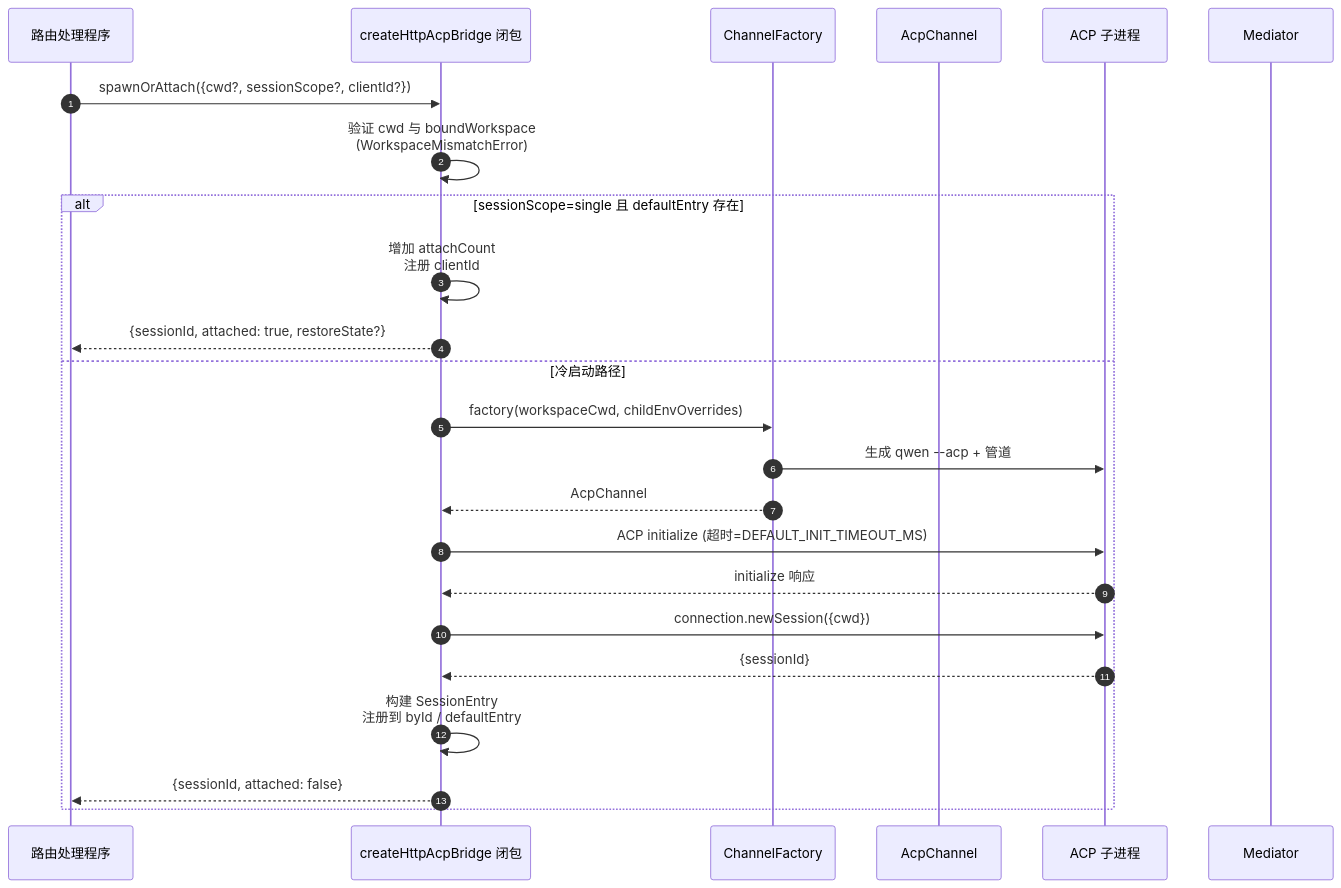
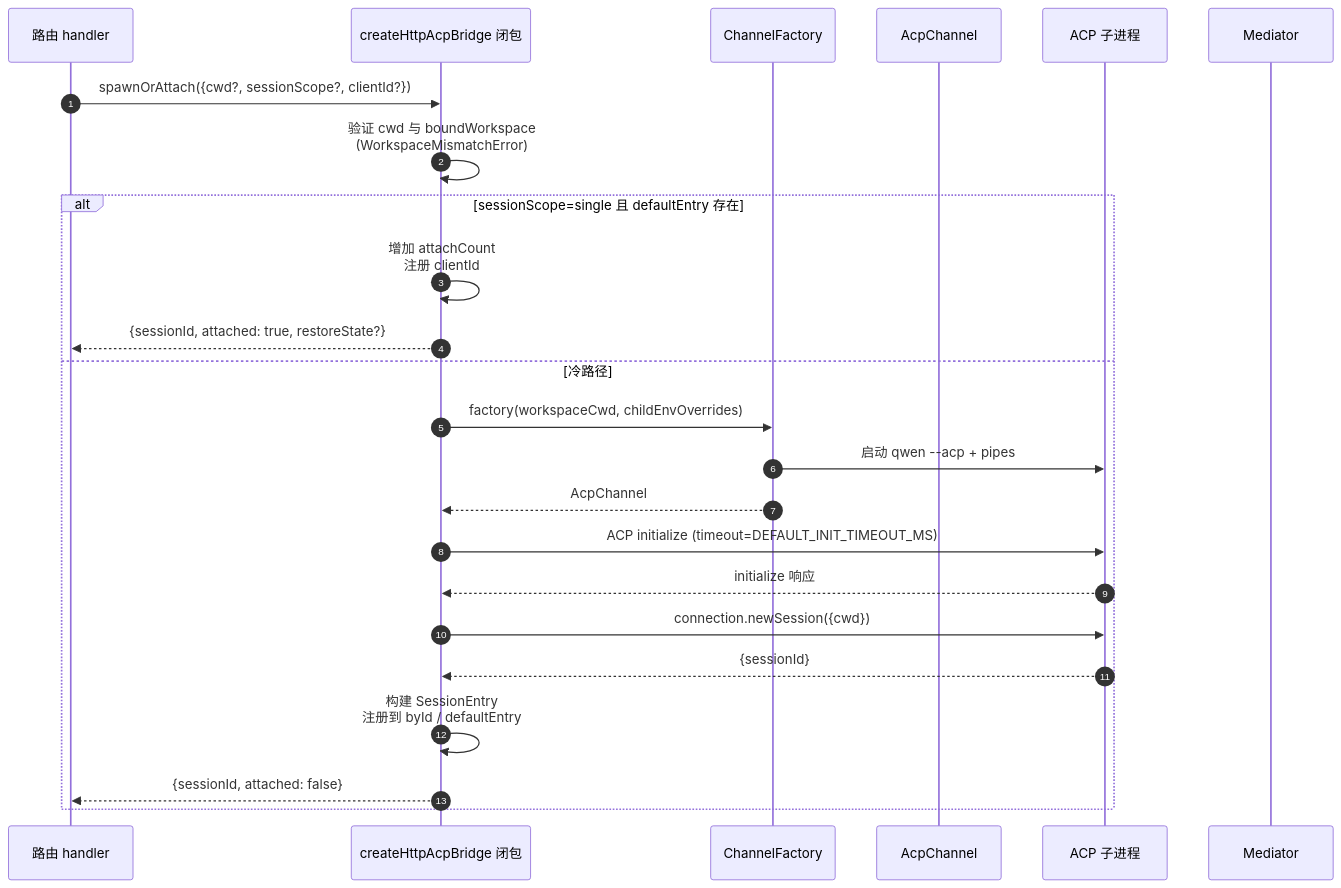
One commit to QwenLM/qwen-code-docs changed the first of 4 diagrams in website/content/zh/developers/daemon/03-acp-bridge.md. Above: the diagram before and after it, drawn with Mermaid. The commit also changed other lines of this file and 162 other files, not shown here.

````diff
--- a/website/content/zh/developers/daemon/03-acp-bridge.md
+++ b/website/content/zh/developers/daemon/03-acp-bridge.md
@@ -60,27 +60,27 @@
 ```mermaid
 sequenceDiagram
     autonumber
-    participant R as 路由处理程序
+    participant R as 路由 handler
     participant B as createHttpAcpBridge 闭包
     participant CF as ChannelFactory
     participant CH as AcpChannel
     participant ACP as ACP 子进程
     participant M as Mediator
 
     R->>B: spawnOrAttach({cwd?, sessionScope?, clientId?})
     B->>B: 验证 cwd 与 boundWorkspace<br/>(WorkspaceMismatchError)
     alt sessionScope=single 且 defaultEntry 存在
         B->>B: 增加 attachCount<br/>注册 clientId
         B-->>R: {sessionId, attached: true, restoreState?}
-    else 冷启动路径
+    else 冷路径
         B->>CF: factory(workspaceCwd, childEnvOverrides)
-        CF->>ACP: 生成 qwen --acp + 管道
+        CF->>ACP: 启动 qwen --acp + pipes
         CF-->>B: AcpChannel
-        B->>ACP: ACP initialize (超时=DEFAULT_INIT_TIMEOUT_MS)
+        B->>ACP: ACP initialize (timeout=DEFAULT_INIT_TIMEOUT_MS)
         ACP-->>B: initialize 响应
         B->>ACP: connection.newSession({cwd})
         ACP-->>B: {sessionId}
         B->>B: 构建 SessionEntry<br/>注册到 byId / defaultEntry
         B-->>R: {sessionId, attached: false}
     end
 ```
````
